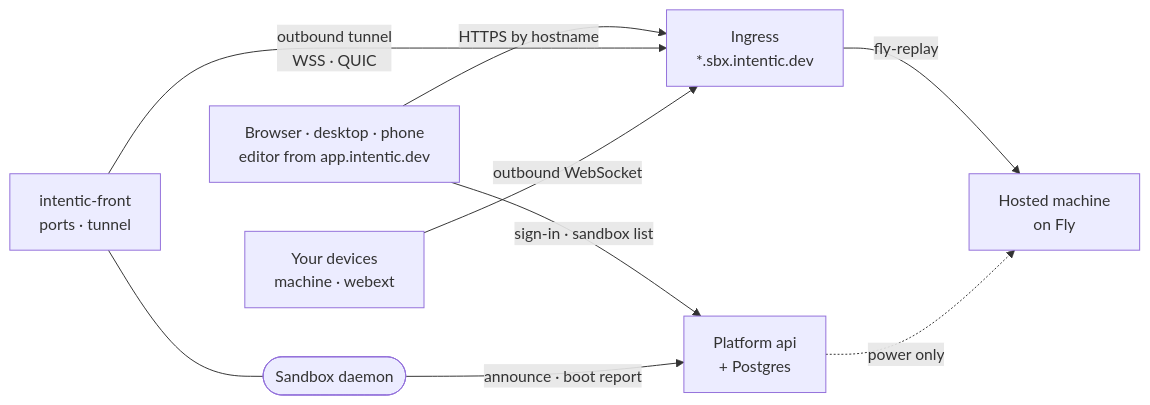
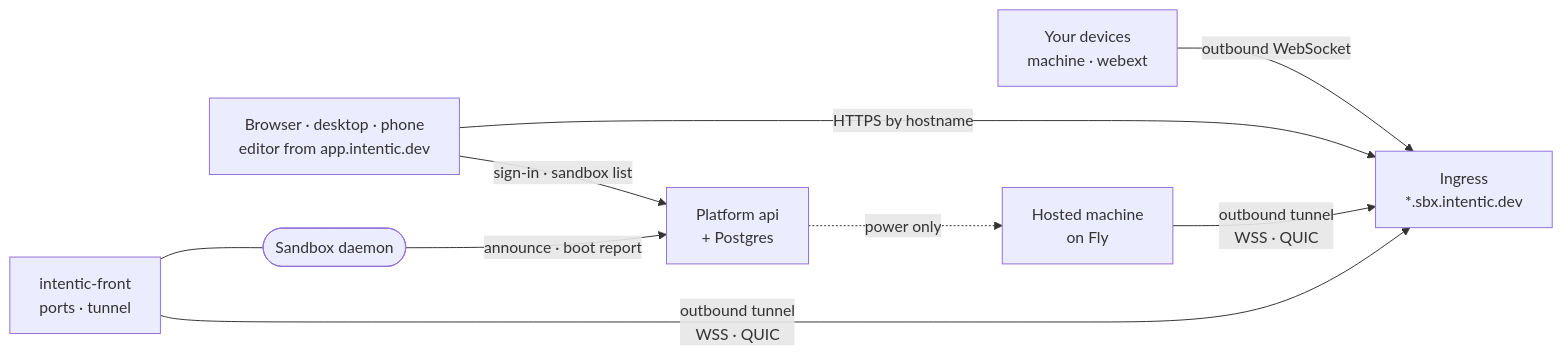
Before and after one commit to intentic/intentic: the diagram in docs/architecture/topology.md, drawn with Mermaid. The commit also changed other lines of this file and 43 other files, not shown here.

First line of the commit message:
refactor(ingress): drop fly-replay from Edge and route hosted sandboxes via tunnel

````diff
--- a/docs/architecture/topology.md
+++ b/docs/architecture/topology.md
@@ -5,18 +5,18 @@
 ```mermaid
 flowchart LR
     browser["Browser · desktop · phone<br/>editor from app.intentic.dev"]
     api["Platform api<br/>+ Postgres"]
     ingress["Ingress<br/>*.sbx.intentic.dev"]
     front["intentic-front<br/>ports · tunnel"]
     daemon(["Sandbox daemon"])
     device["Your devices<br/>machine · webext"]
     fly["Hosted machine<br/>on Fly"]
     browser -->|"sign-in · sandbox list"| api
     browser -->|"HTTPS by hostname"| ingress
     front -->|"outbound tunnel<br/>WSS · QUIC"| ingress
     front --- daemon
     daemon -->|"announce · boot report"| api
     device -->|"outbound WebSocket"| ingress
-    ingress -->|"fly-replay"| fly
+    fly -->|"outbound tunnel<br/>WSS · QUIC"| ingress
     api -.->|"power only"| fly
 ```
````
